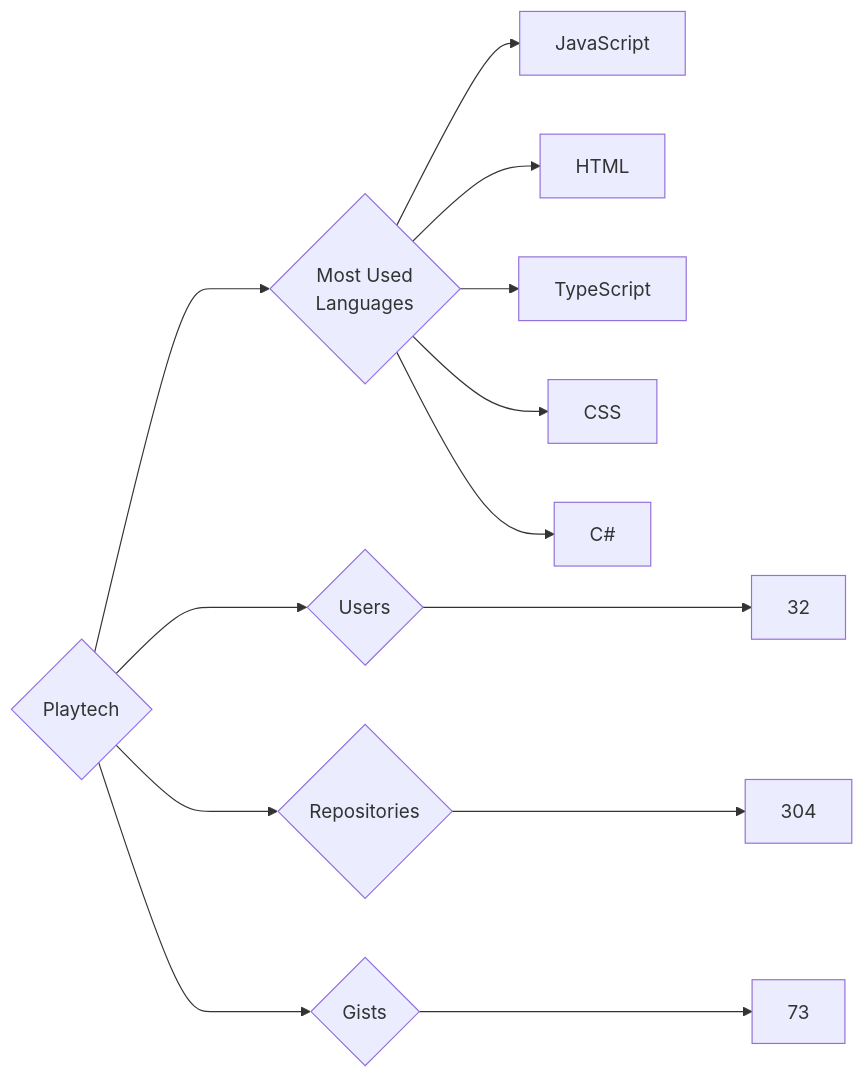
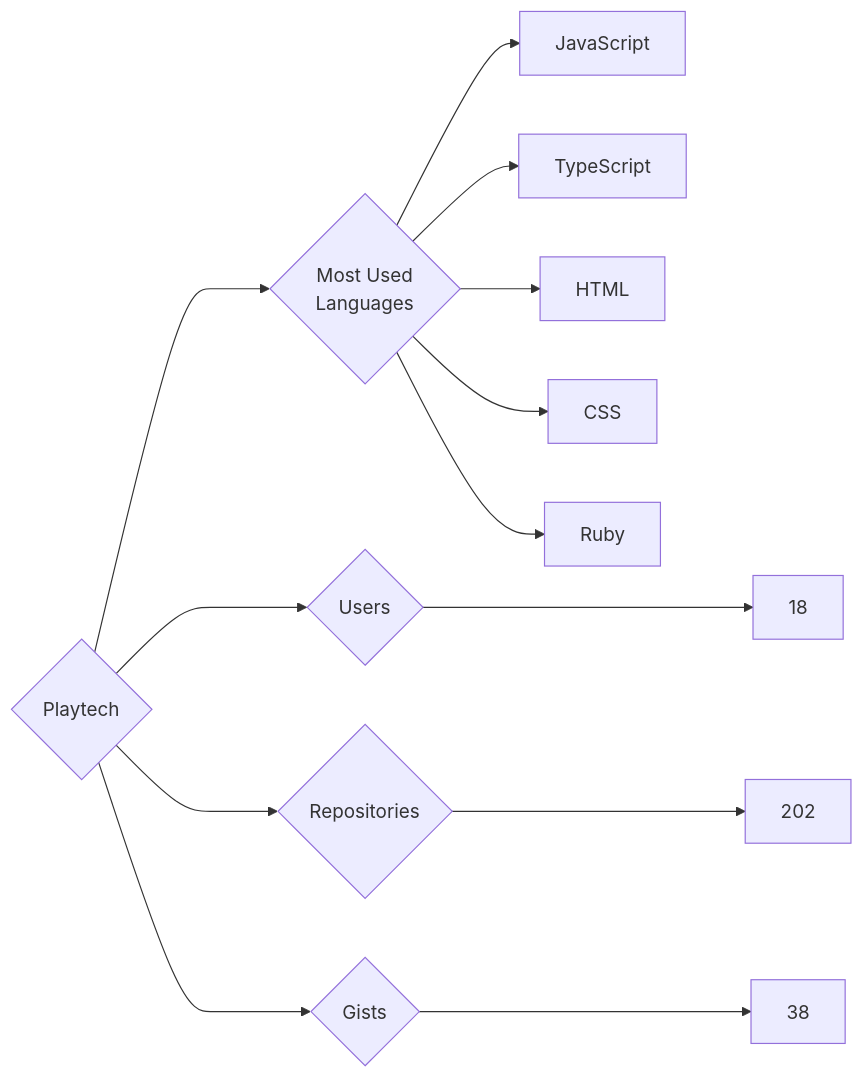
One commit to trickest/insiders changed the diagram in targets/Playtech/README.md. Above: the diagram before and after it, drawn with Mermaid. The commit also changed 815 other files, not shown here.

````diff
--- a/targets/Playtech/README.md
+++ b/targets/Playtech/README.md
@@ -3,13 +3,13 @@
 ```mermaid
 graph LR
 COMPANY_NAME{Playtech}
-COMPANY_NAME ---> U{Users} ---> UN[32]
-COMPANY_NAME ---> R{Repositories} ---> RN[304]
-COMPANY_NAME ---> G{Gists} ---> GN[73]
+COMPANY_NAME ---> U{Users} ---> UN[18]
+COMPANY_NAME ---> R{Repositories} ---> RN[202]
+COMPANY_NAME ---> G{Gists} ---> GN[38]
 COMPANY_NAME ---> ML{Most Used<br>Languages}
 ML --> JavaScript[JavaScript]
+ML --> TypeScript[TypeScript]
 ML --> HTML[HTML]
-ML --> TypeScript[TypeScript]
 ML --> CSS[CSS]
-ML --> C#[C#]
+ML --> Ruby[Ruby]
 ```
````
